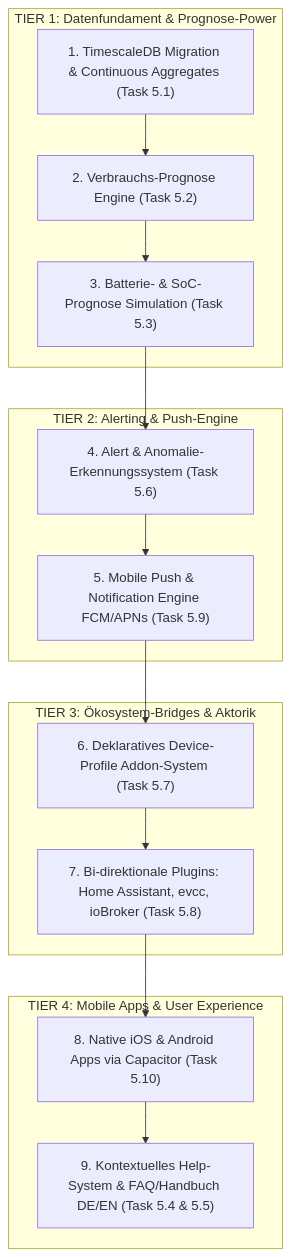
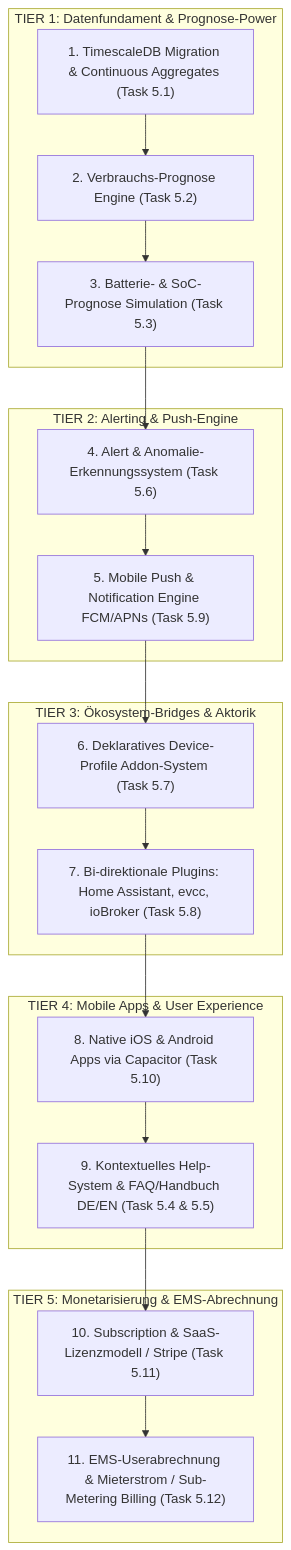
The diagram in docs/walkthroughs/2026-08-25_execution_priority_matrix.md (smartcuc/homeassistant-sharegy), drawn with Mermaid before and after one commit. The commit also changed other lines of this file and 4 other files, not shown here.

````diff
--- a/docs/walkthroughs/2026-08-25_execution_priority_matrix.md
+++ b/docs/walkthroughs/2026-08-25_execution_priority_matrix.md
@@ -13,32 +13,39 @@
 ```mermaid
 graph TD
     subgraph TIER 1: Datenfundament & Prognose-Power
         T1_1["1. TimescaleDB Migration & Continuous Aggregates (Task 5.1)"]
         T1_2["2. Verbrauchs-Prognose Engine (Task 5.2)"]
         T1_3["3. Batterie- & SoC-Prognose Simulation (Task 5.3)"]
     end
 
     subgraph TIER 2: Alerting & Push-Engine
         T2_1["4. Alert & Anomalie-Erkennungssystem (Task 5.6)"]
         T2_2["5. Mobile Push & Notification Engine FCM/APNs (Task 5.9)"]
     end
 
     subgraph TIER 3: Ökosystem-Bridges & Aktorik
         T3_1["6. Deklaratives Device-Profile Addon-System (Task 5.7)"]
         T3_2["7. Bi-direktionale Plugins: Home Assistant, evcc, ioBroker (Task 5.8)"]
     end
 
     subgraph TIER 4: Mobile Apps & User Experience
         T4_1["8. Native iOS & Android Apps via Capacitor (Task 5.10)"]
         T4_2["9. Kontextuelles Help-System & FAQ/Handbuch DE/EN (Task 5.4 & 5.5)"]
     end
 
+    subgraph TIER 5: Monetarisierung & EMS-Abrechnung
+        T5_1["10. Subscription & SaaS-Lizenzmodell / Stripe (Task 5.11)"]
+        T5_2["11. EMS-Userabrechnung & Mieterstrom / Sub-Metering Billing (Task 5.12)"]
+    end
+
     T1_1 --> T1_2
     T1_2 --> T1_3
     T1_3 --> T2_1
     T2_1 --> T2_2
     T2_2 --> T3_1
     T3_1 --> T3_2
     T3_2 --> T4_1
     T4_1 --> T4_2
+    T4_2 --> T5_1
+    T5_1 --> T5_2
 ```
````
